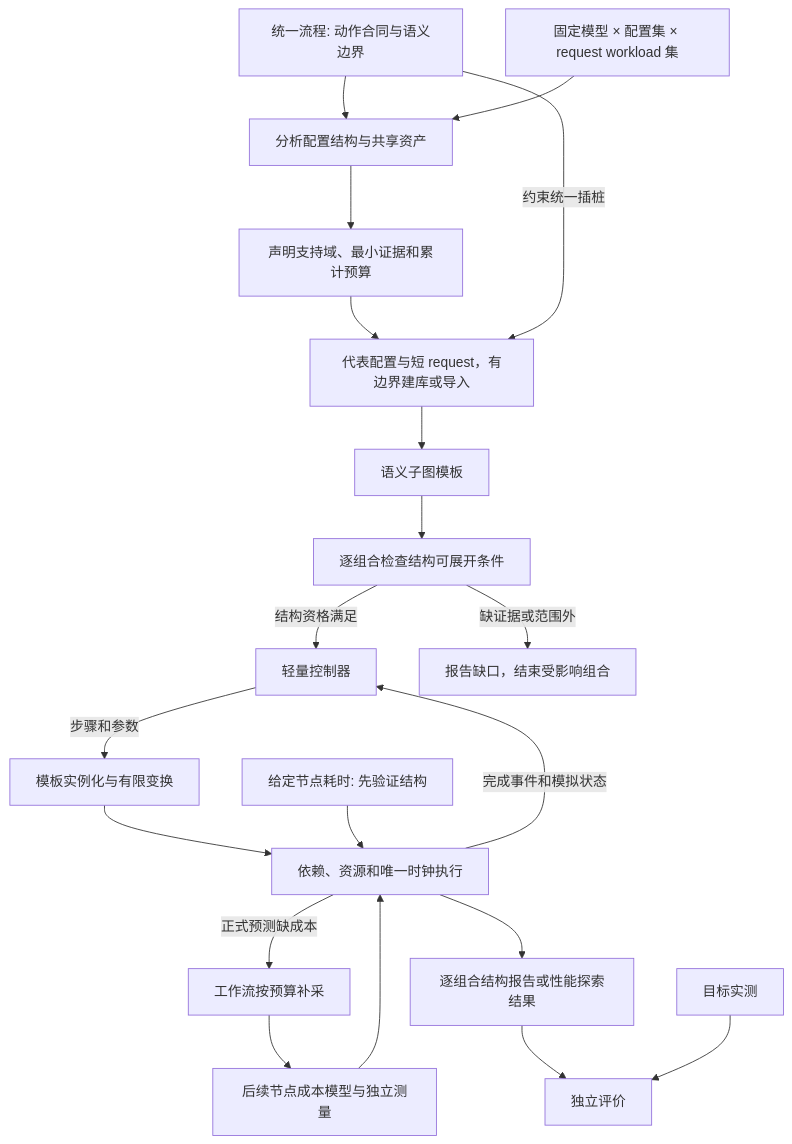
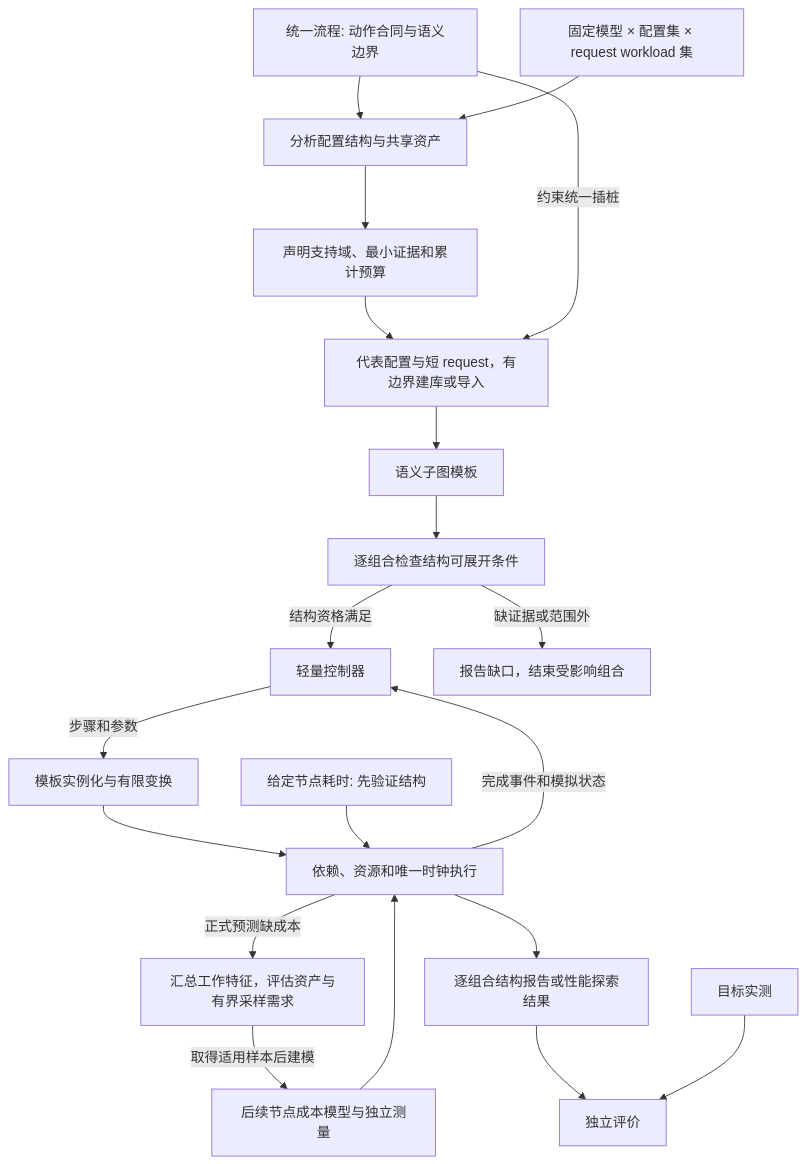
One commit to Entwinedime/Markov changed the diagram in docs/redesign/01_system_framework.md. Above: the diagram before and after it, drawn with Mermaid. The commit also changed other lines of this file and 18 other files, not shown here.

````diff
--- a/docs/redesign/01_system_framework.md
+++ b/docs/redesign/01_system_framework.md
@@ -59,22 +64,22 @@
 ```mermaid
 flowchart TD
     F[统一流程: 动作合同与语义边界] --> P
     U[固定模型 × 配置集 × request workload 集] --> P[分析配置结构与共享资产]
     P --> H[声明支持域、最小证据和累计预算]
     H --> B[代表配置与短 request，有边界建库或导入]
     F -->|约束统一插桩| B
     B --> T[语义子图模板]
     T --> G[逐组合检查结构可展开条件]
     G -->|结构资格满足| C[轻量控制器]
     G -->|缺证据或范围外| X[报告缺口，结束受影响组合]
     C -->|步骤和参数| I[模板实例化与有限变换]
     I --> E[依赖、资源和唯一时钟执行]
     E -->|完成事件和模拟状态| C
     D[给定节点耗时: 先验证结构] --> E
     M[后续节点成本模型与独立测量] --> E
-    E -->|正式预测缺成本| A[工作流按预算补采]
-    A --> M
+    E -->|正式预测缺成本| A[汇总工作特征，评估资产与有界采样需求]
+    A -->|取得适用样本后建模| M
     E --> R[逐组合结构报告或性能探索结果]
     R --> V[独立评价]
     O[目标实测] --> V
 ```
````
